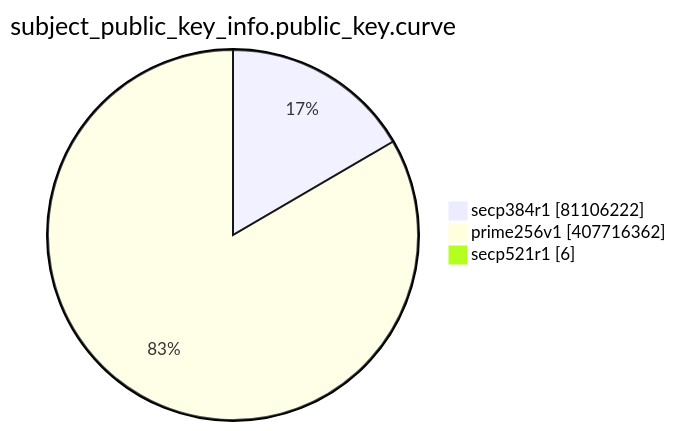
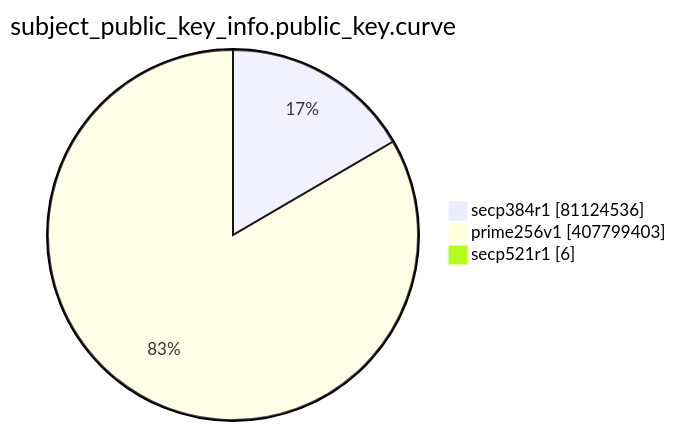
Before and after one commit to christiankrug/ctmonitor_visualization: the eighth of 15 diagrams in TOTAL/README.md, drawn with Mermaid. The commit also changed other lines of this file, not shown here.

````diff
--- a/TOTAL/README.md
+++ b/TOTAL/README.md
@@ -3096,7 +3096,7 @@
 ```mermaid
 pie showData
 title subject_public_key_info.public_key.curve
-"secp384r1" :81106222
-"prime256v1" :407716362
+"secp384r1" :81124536
+"prime256v1" :407799403
 "secp521r1" :6
 ```
````
